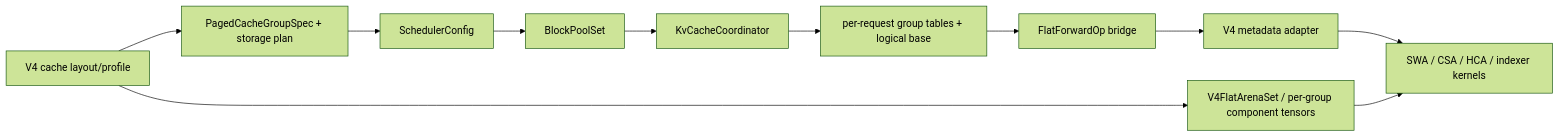
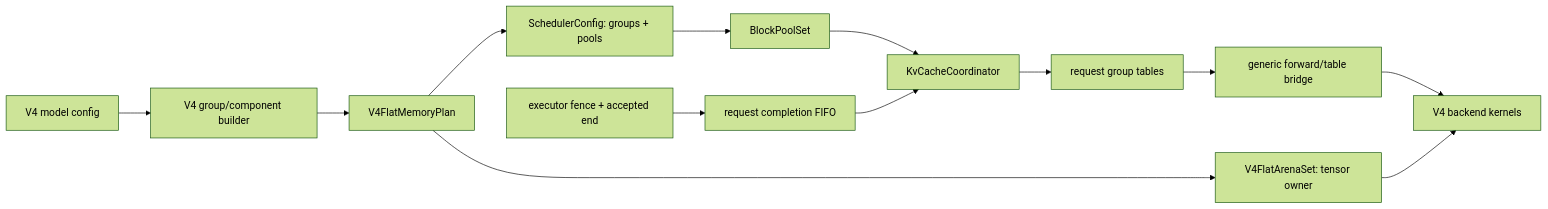
Before and after one commit to lightseekorg/tokenspeed: the diagram in docs/serving/deepseek-v4-flat-kv-cache-migration.md, drawn with Mermaid (forest theme). The commit also changed other lines of this file and 80 other files, not shown here.

````diff
--- a/docs/serving/deepseek-v4-flat-kv-cache-migration.md
+++ b/docs/serving/deepseek-v4-flat-kv-cache-migration.md
@@ -72,13 +25,15 @@
 ```mermaid
 flowchart LR
-    A["V4 cache layout/profile"] --> B["PagedCacheGroupSpec + storage plan"]
-    B --> C["SchedulerConfig"]
-    C --> D["BlockPoolSet"]
-    D --> E["KvCacheCoordinator"]
-    E --> F["per-request group tables + logical base"]
-    F --> G["FlatForwardOp bridge"]
-    G --> H["V4 metadata adapter"]
-    H --> I["SWA / CSA / HCA / indexer kernels"]
-    A --> J["V4FlatArenaSet / per-group component tensors"]
-    J --> I
+    A["V4 model config"] --> B["V4 group/component builder"]
+    B --> C["V4FlatMemoryPlan"]
+    C --> D["V4FlatArenaSet: tensor owner"]
+    C --> E["SchedulerConfig: groups + pools"]
+    E --> F["BlockPoolSet"]
+    F --> G["KvCacheCoordinator"]
+    G --> H["request group tables"]
+    H --> I["generic forward/table bridge"]
+    I --> J["V4 backend kernels"]
+    D --> J
+    K["executor fence + accepted end"] --> L["request completion FIFO"]
+    L --> G
 ```
````
